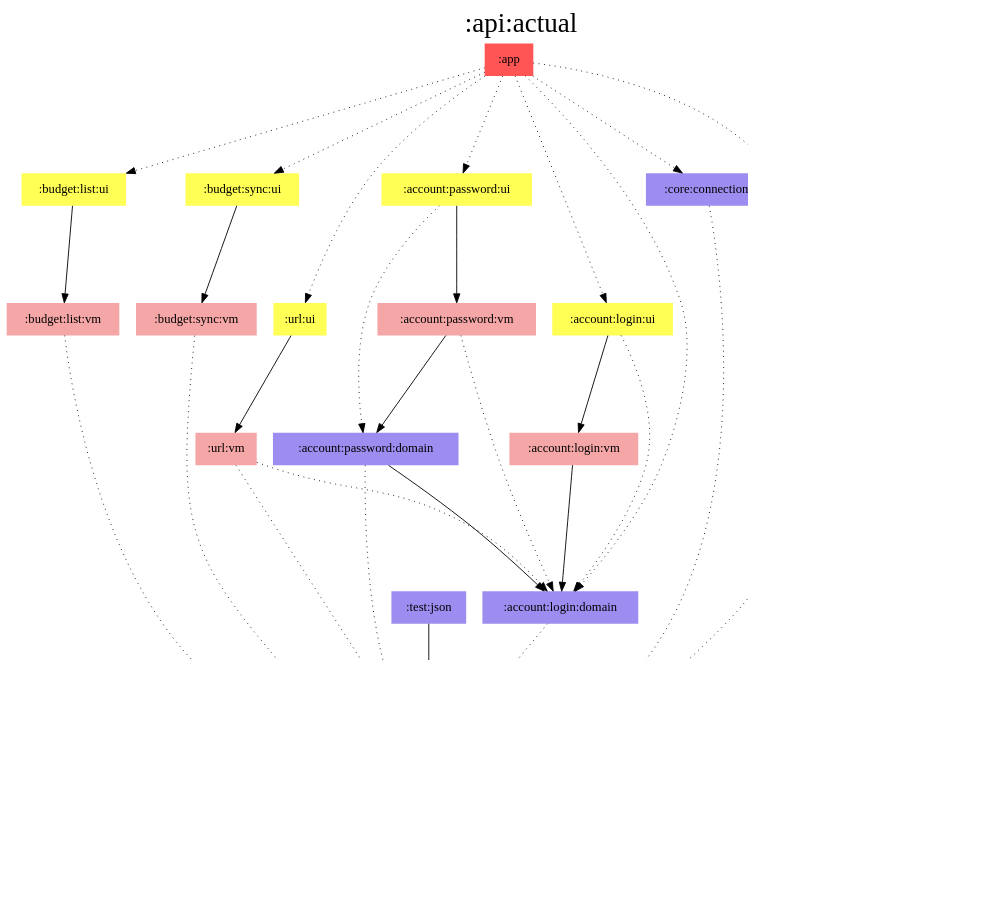
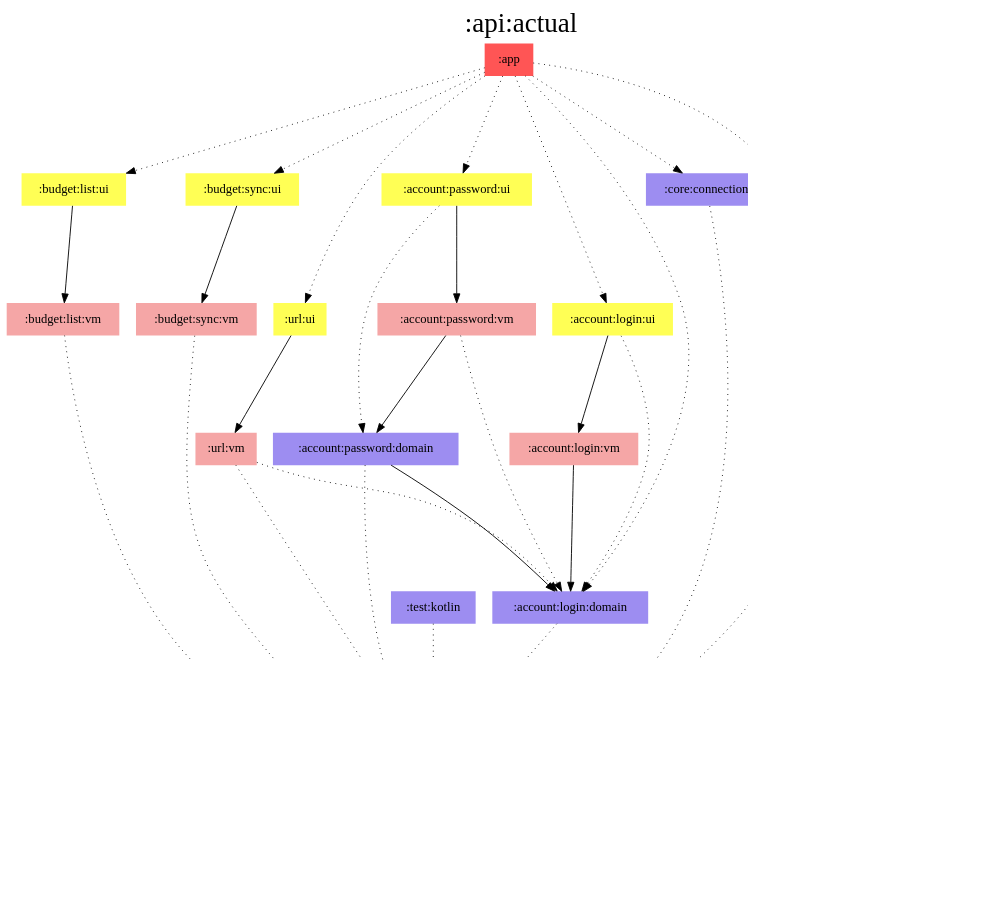
One commit to jonapoul/aktual changed the diagram in modules/api/actual/modules.dot. Above: the diagram before and after it, drawn with Graphviz. The commit also changed 88 other files, not shown here.

```diff
--- a/modules/api/actual/modules.dot
+++ b/modules/api/actual/modules.dot
@@ -1,73 +1,73 @@
 digraph {
 edge ["dir"="forward"]
 graph ["dpi"="100","label"=":api:actual","labelloc"="t","fontsize"="30","ranksep"="1.5","rankdir"="TB"]
 node ["style"="filled"]
 ":account:login:domain" ["fillcolor"="#9D8DF1","shape"="none"]
 ":account:login:ui" ["fillcolor"="#FFFF55","shape"="none"]
 ":account:login:vm" ["fillcolor"="#F5A6A6","shape"="none"]
 ":account:model" ["fillcolor"="#9D8DF1","shape"="none"]
 ":account:password:domain" ["fillcolor"="#9D8DF1","shape"="none"]
 ":account:password:ui" ["fillcolor"="#FFFF55","shape"="none"]
 ":account:password:vm" ["fillcolor"="#F5A6A6","shape"="none"]
 ":api:actual" ["fillcolor"="#9D8DF1","color"="black","penwidth"="3","shape"="box"]
 ":app" ["fillcolor"="#FF5555","shape"="none"]
 ":budget:list:ui" ["fillcolor"="#FFFF55","shape"="none"]
 ":budget:list:vm" ["fillcolor"="#F5A6A6","shape"="none"]
 ":budget:model" ["fillcolor"="#9D8DF1","shape"="none"]
 ":budget:sync:ui" ["fillcolor"="#FFFF55","shape"="none"]
 ":budget:sync:vm" ["fillcolor"="#F5A6A6","shape"="none"]
 ":codegen:annotation" ["fillcolor"="#9D8DF1","shape"="none"]
 ":core:connection" ["fillcolor"="#9D8DF1","shape"="none"]
 ":core:model" ["fillcolor"="#9D8DF1","shape"="none"]
-":test:json" ["fillcolor"="#9D8DF1","shape"="none"]
+":test:kotlin" ["fillcolor"="#9D8DF1","shape"="none"]
 ":url:ui" ["fillcolor"="#FFFF55","shape"="none"]
 ":url:vm" ["fillcolor"="#F5A6A6","shape"="none"]
 {
 edge ["dir"="none"]
 graph ["rank"="same"]
 ":api:actual"
 }
 ":account:login:domain" -> ":api:actual" ["style"="dotted"]
 ":account:login:ui" -> ":account:login:domain" ["style"="dotted"]
 ":account:login:ui" -> ":account:login:vm"
 ":account:login:vm" -> ":account:login:domain"
 ":account:password:domain" -> ":account:login:domain"
 ":account:password:domain" -> ":api:actual" ["style"="dotted"]
 ":account:password:ui" -> ":account:password:domain" ["style"="dotted"]
 ":account:password:ui" -> ":account:password:vm"
 ":account:password:vm" -> ":account:login:domain" ["style"="dotted"]
 ":account:password:vm" -> ":account:password:domain"
 ":api:actual" -> ":account:model"
 ":api:actual" -> ":budget:model"
 ":api:actual" -> ":codegen:annotation" ["style"="dotted"]
 ":api:actual" -> ":core:model"
 ":app" -> ":account:login:domain" ["style"="dotted"]
 ":app" -> ":account:login:ui" ["style"="dotted"]
 ":app" -> ":account:password:ui" ["style"="dotted"]
 ":app" -> ":api:actual" ["style"="dotted"]
 ":app" -> ":budget:list:ui" ["style"="dotted"]
 ":app" -> ":budget:sync:ui" ["style"="dotted"]
 ":app" -> ":core:connection" ["style"="dotted"]
 ":app" -> ":url:ui" ["style"="dotted"]
 ":budget:list:ui" -> ":budget:list:vm"
 ":budget:list:vm" -> ":api:actual" ["style"="dotted"]
 ":budget:sync:ui" -> ":budget:sync:vm"
 ":budget:sync:vm" -> ":api:actual" ["style"="dotted"]
 ":core:connection" -> ":api:actual" ["style"="dotted"]
-":test:json" -> ":api:actual"
+":test:kotlin" -> ":api:actual" ["style"="dotted"]
 ":url:ui" -> ":url:vm"
 ":url:vm" -> ":account:login:domain" ["style"="dotted"]
 ":url:vm" -> ":api:actual" ["style"="dotted"]
 subgraph "cluster_legend" {
 edge ["dir"="none"]
 graph ["label"="Legend","fontsize"="20"]
 "Legend" ["style"="filled","fillcolor"="#FFFFFF","shape"="none","margin"="0","fontsize"="15","label"=<
 <TABLE BORDER="0" CELLBORDER="0" CELLSPACING="0" CELLPADDING="4">
 <TR><TD>App</TD><TD BGCOLOR="#FF5555">module-name</TD></TR>
 <TR><TD>ViewModel</TD><TD BGCOLOR="#F5A6A6">module-name</TD></TR>
 <TR><TD>Compose</TD><TD BGCOLOR="#FFFF55">module-name</TD></TR>
 <TR><TD>Multiplatform</TD><TD BGCOLOR="#9D8DF1">module-name</TD></TR>
 </TABLE>
 >]
 } -> ":api:actual" ["style"="invis"]
 }
```
